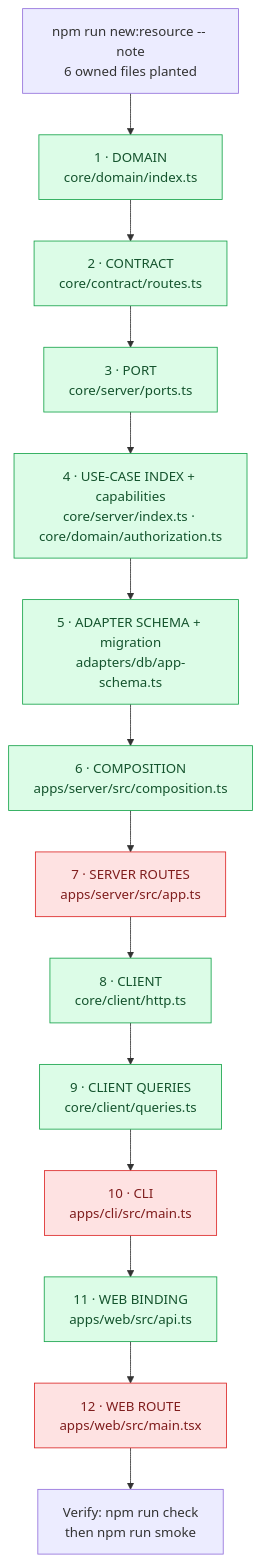
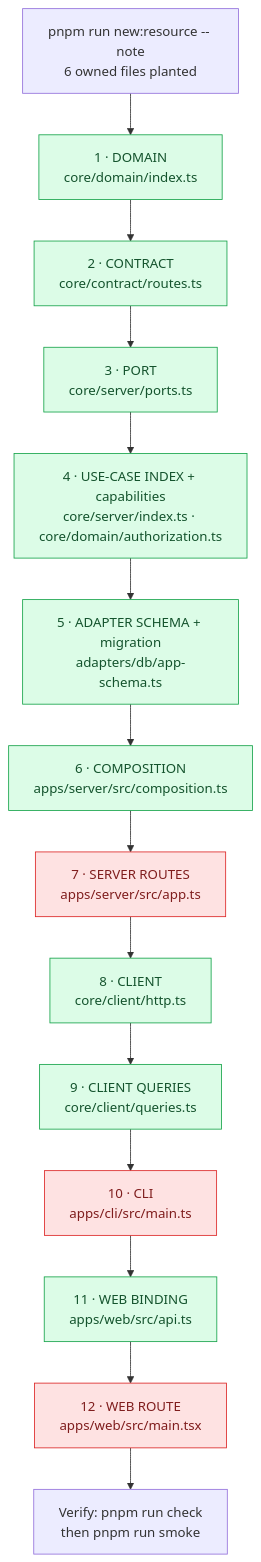
One commit to chomamateusz/agentproofarch changed the first of 2 diagrams in website/docs/guides/adding-a-feature.md. Above: the diagram before and after it, drawn with Mermaid. The commit also changed other lines of this file and 74 other files, not shown here.

First line of the commit message:
Toolchain: migrate npm -> pnpm (supply-chain hardening)

````diff
--- a/website/docs/guides/adding-a-feature.md
+++ b/website/docs/guides/adding-a-feature.md
@@ -59,21 +59,21 @@
 ```mermaid
 flowchart TD
-  s0["npm run new:resource -- note<br/>6 owned files planted"] --> s1
+  s0["pnpm run new:resource -- note<br/>6 owned files planted"] --> s1
   s1["1 · DOMAIN<br/>core/domain/index.ts"] --> s2
   s2["2 · CONTRACT<br/>core/contract/routes.ts"] --> s3
   s3["3 · PORT<br/>core/server/ports.ts"] --> s4
   s4["4 · USE-CASE INDEX + capabilities<br/>core/server/index.ts · core/domain/authorization.ts"] --> s5
   s5["5 · ADAPTER SCHEMA + migration<br/>adapters/db/app-schema.ts"] --> s6
   s6["6 · COMPOSITION<br/>apps/server/src/composition.ts"] --> s7
   s7["7 · SERVER ROUTES<br/>apps/server/src/app.ts"] --> s8
   s8["8 · CLIENT<br/>core/client/http.ts"] --> s9
   s9["9 · CLIENT QUERIES<br/>core/client/queries.ts"] --> s10
   s10["10 · CLI<br/>apps/cli/src/main.ts"] --> s11
   s11["11 · WEB BINDING<br/>apps/web/src/api.ts"] --> s12
-  s12["12 · WEB ROUTE<br/>apps/web/src/main.tsx"] --> verify["Verify: npm run check<br/>then npm run smoke"]
+  s12["12 · WEB ROUTE<br/>apps/web/src/main.tsx"] --> verify["Verify: pnpm run check<br/>then pnpm run smoke"]
 
   classDef forced fill:#dcfce7,stroke:#16a34a,color:#14532d;
   classDef manual fill:#fee2e2,stroke:#dc2626,color:#7f1d1d;
   class s1,s2,s3,s4,s5,s6,s8,s9,s11 forced;
   class s7,s10,s12 manual;
 ```
````
